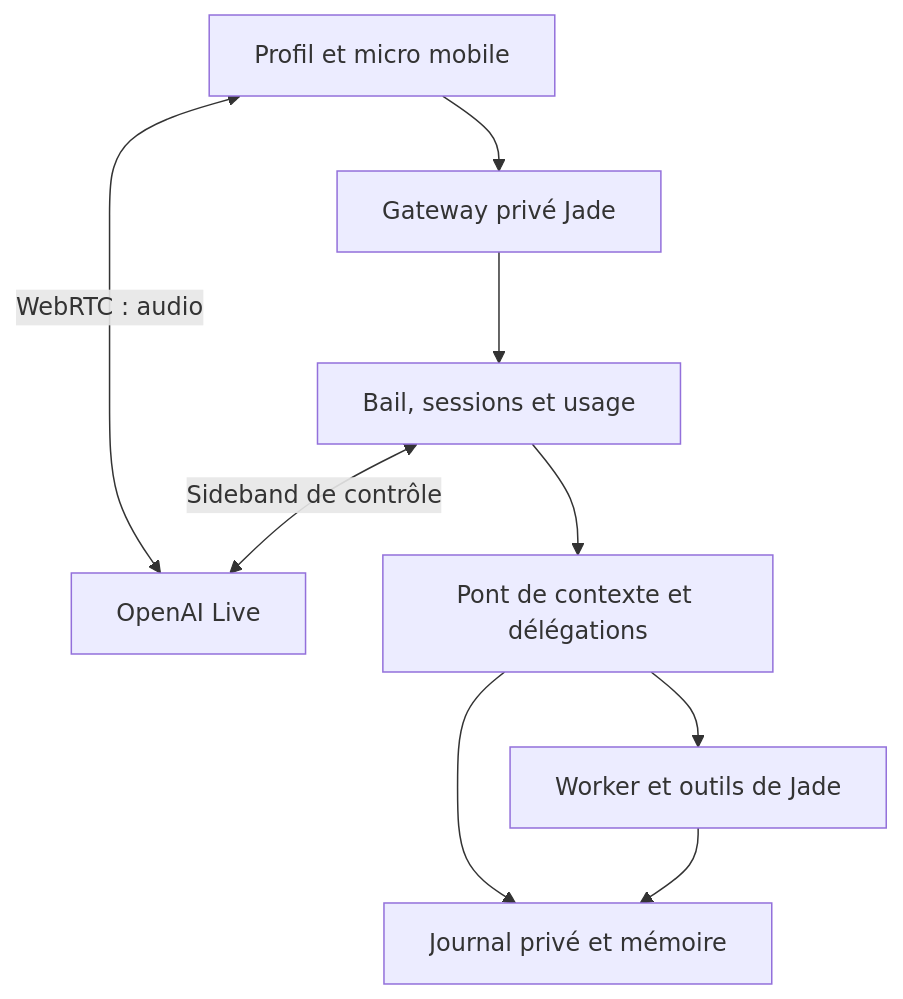
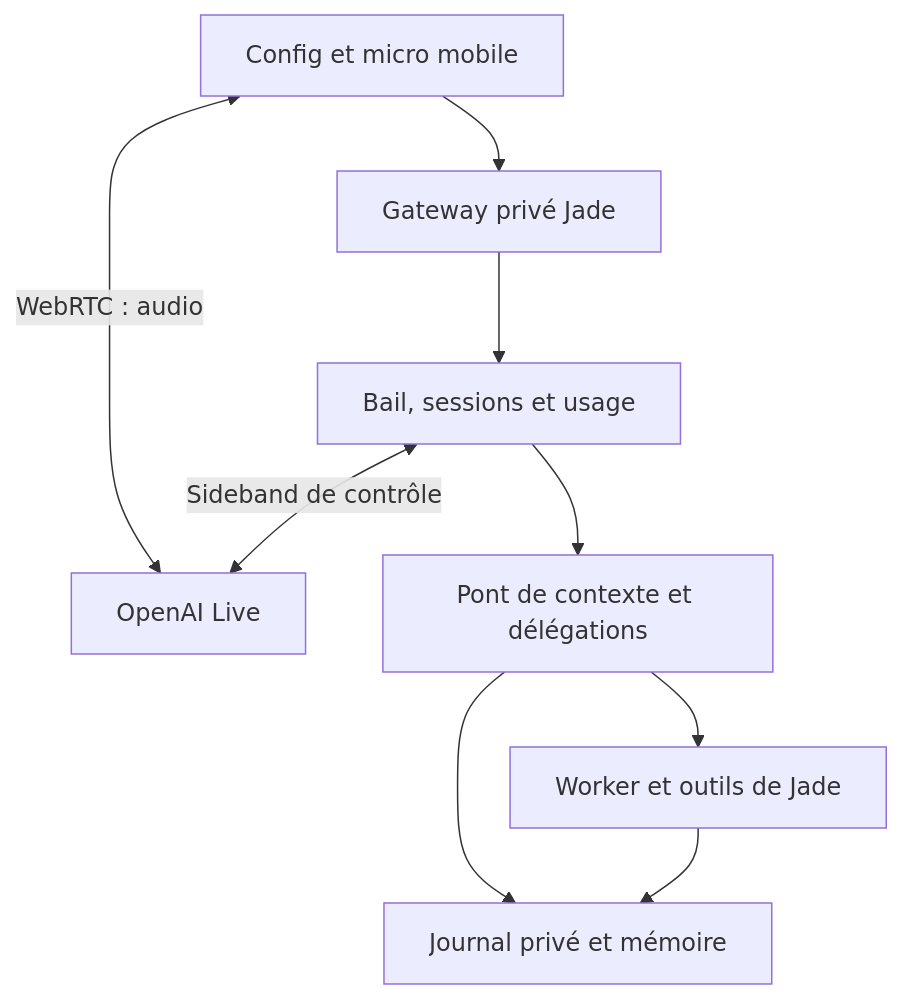
Before and after one commit to goldaj/jade-vtuber: the diagram in docs/architecture/LIVE_MOBILE.md, drawn with Mermaid. The commit also changed other lines of this file and 33 other files, not shown here.

Commit message:
feat(mobile): simplify Config and persist user settings

````diff
--- a/docs/architecture/LIVE_MOBILE.md
+++ b/docs/architecture/LIVE_MOBILE.md
@@ -9,11 +9,11 @@
 ```mermaid
 flowchart TD
-    P["Profil et micro mobile"] --> G["Gateway privé Jade"]
+    P["Config et micro mobile"] --> G["Gateway privé Jade"]
     P <-->|"WebRTC : audio"| O["OpenAI Live"]
     G --> S["Bail, sessions et usage"]
     S <-->|"Sideband de contrôle"| O
     S --> B["Pont de contexte et délégations"]
     B --> R["Worker et outils de Jade"]
     B --> J["Journal privé et mémoire"]
     R --> J
 ```
````
